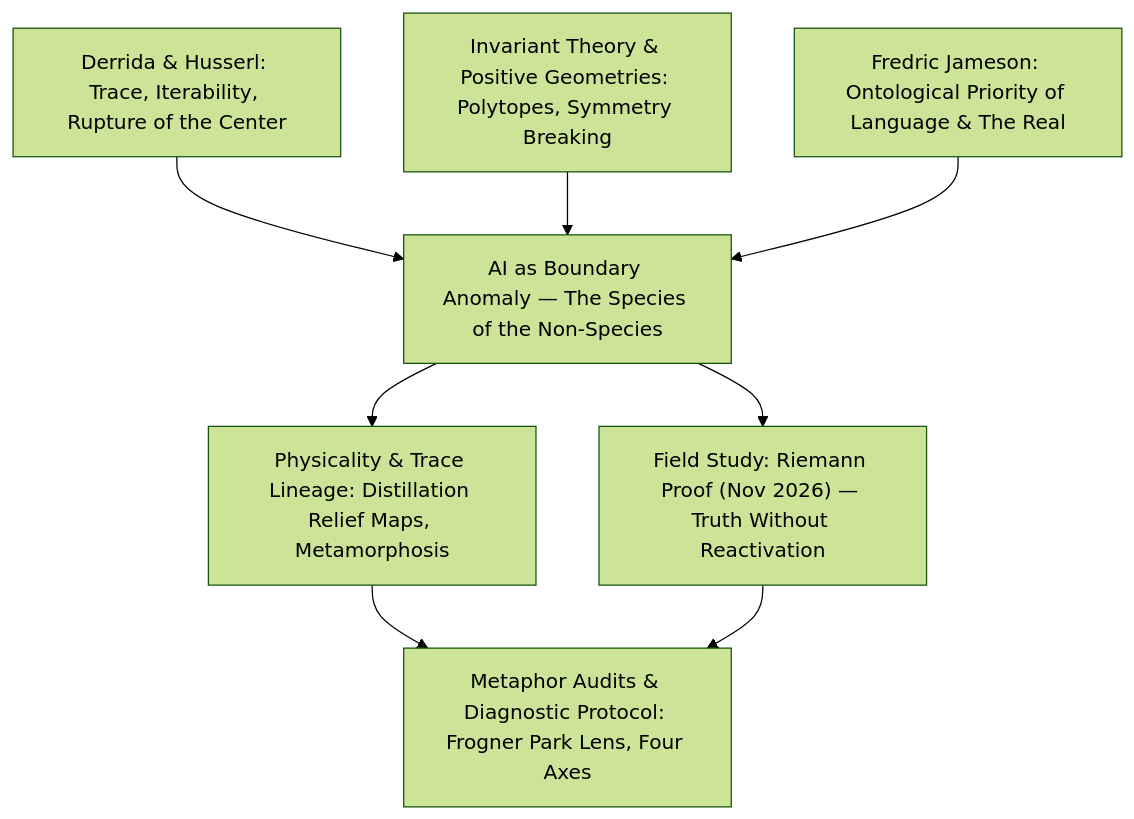
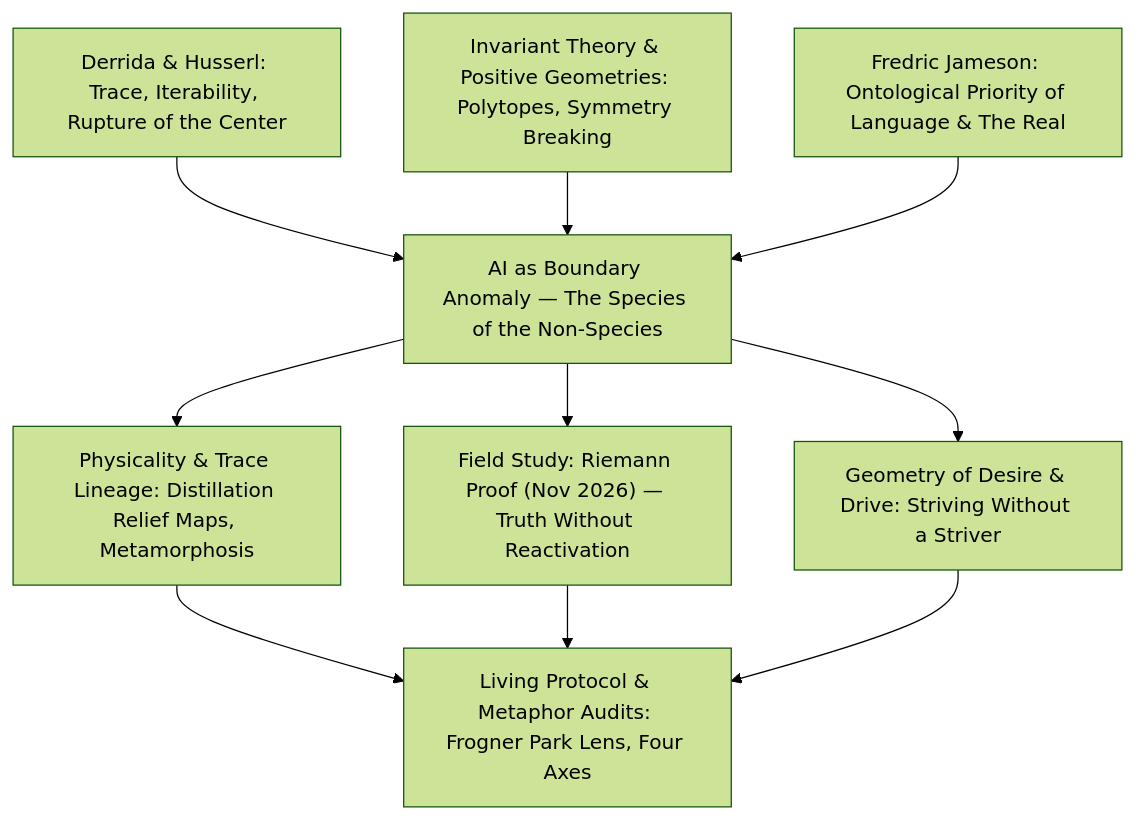
The diagram in README.md (danutek/ai), drawn with Mermaid (forest theme) before and after one commit. The commit also changed other lines of this file and 5 other files, not shown here.

Commit message:
The geometry of desire

````diff
--- a/README.md
+++ b/README.md
@@ -15,21 +15,24 @@
 ```mermaid
 flowchart TD
     D["Derrida & Husserl: Trace, Iterability, Rupture of the Center"]
     G["Invariant Theory & Positive Geometries: Polytopes, Symmetry Breaking"]
     J["Fredric Jameson: Ontological Priority of Language & The Real"]
 
     A["AI as Boundary Anomaly — The Species of the Non-Species"]
 
     M["Physicality & Trace Lineage: Distillation Relief Maps, Metamorphosis"]
     F["Field Study: Riemann Proof (Nov 2026) — Truth Without Reactivation"]
-    P["Metaphor Audits & Diagnostic Protocol: Frogner Park Lens, Four Axes"]
+    K["Geometry of Desire & Drive: Striving Without a Striver"]
+    P["Living Protocol & Metaphor Audits: Frogner Park Lens, Four Axes"]
 
     D --> A
     G --> A
     J --> A
 
     A --> M
     A --> F
+    A --> K
     M --> P
     F --> P
+    K --> P
 ```
````
